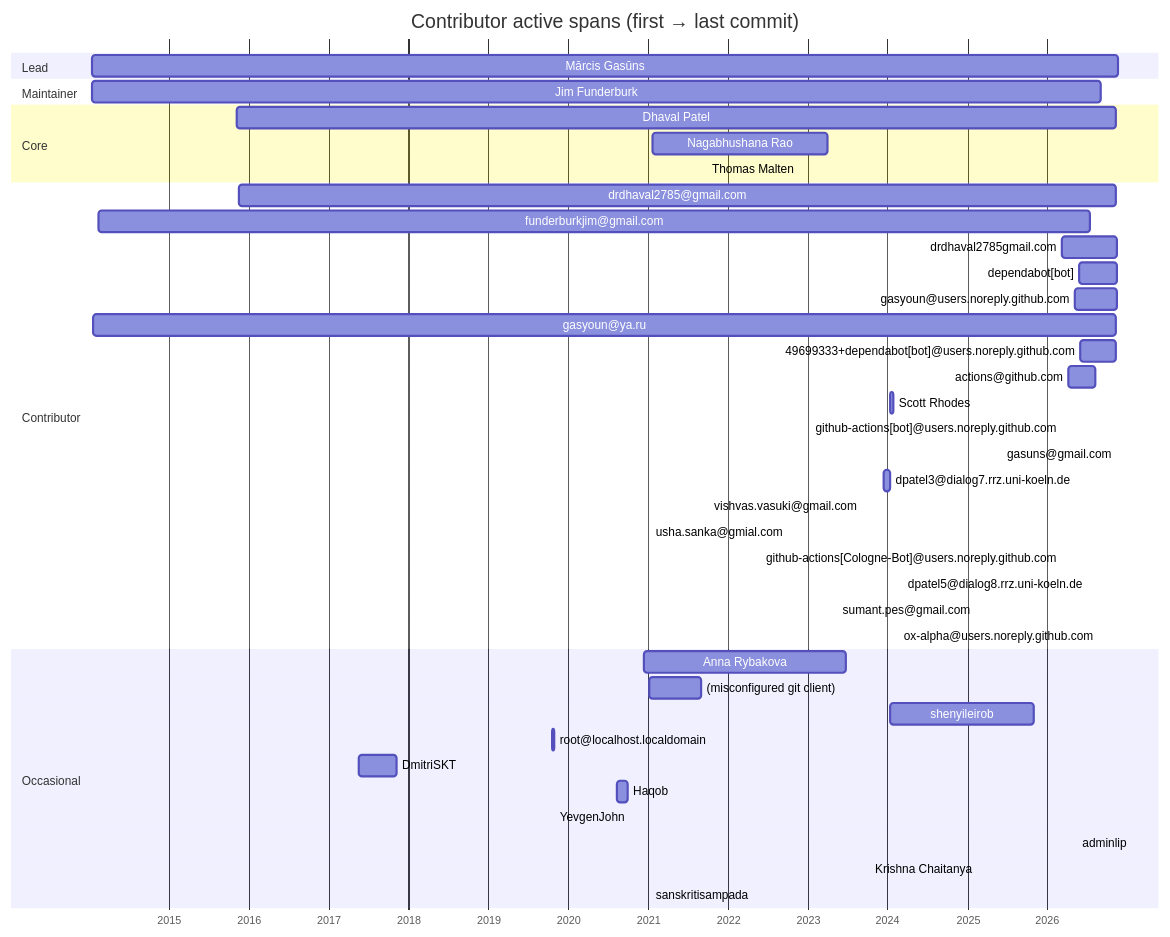
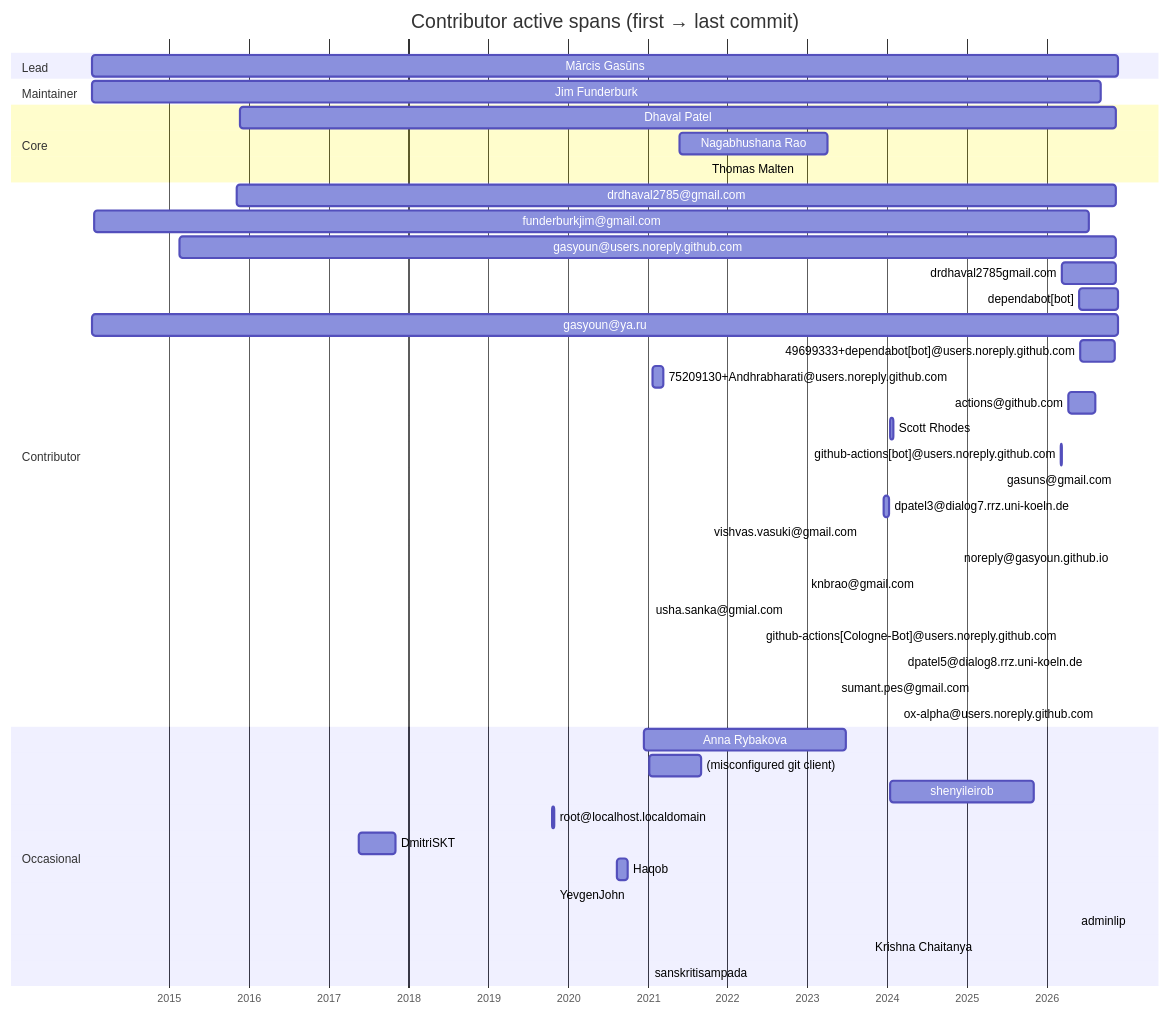
Before and after one commit to sanskrit-lexicon/csl-observatory: the diagram in reports/timeline.md, drawn with Mermaid. The commit also changed other lines of this file and 17 other files, not shown here.

````diff
--- a/reports/timeline.md
+++ b/reports/timeline.md
@@ -7,44 +7,47 @@
 ```mermaid
 gantt
     title Contributor active spans (first → last commit)
     dateFormat YYYY-MM-DD
     axisFormat %Y
     section Lead
-    Mārcis Gasūns :2014-01-14, 2026-11-21
+    Mārcis Gasūns :2014-01-14, 2026-11-22
     section Maintainer
     Jim Funderburk :2014-01-15, 2026-09-05
     section Core
-    Dhaval Patel :2015-11-08, 2026-11-12
-    Nagabhushana Rao :2021-01-23, 2023-04-03
+    Dhaval Patel :2015-11-24, 2026-11-12
+    Nagabhushana Rao :2021-05-28, 2023-04-03
     Thomas Malten :2021-09-26, 2021-09-26
     section Contributor
-    drdhaval2785@gmail.com :2015-11-19, 2026-11-12
-    funderburkjim@gmail.com :2014-02-12, 2026-07-14
+    drdhaval2785@gmail.com :2015-11-08, 2026-11-12
+    funderburkjim@gmail.com :2014-01-22, 2026-07-14
+    gasyoun@users.noreply.github.com :2015-02-19, 2026-11-15
     drdhaval2785gmail.com :2026-03-09, 2026-11-15
-    dependabot[bot] :2026-05-29, 2026-11-18
-    gasyoun@users.noreply.github.com :2026-05-06, 2026-11-15
-    gasyoun@ya.ru :2014-01-21, 2026-11-12
+    dependabot[bot] :2026-05-29, 2026-11-23
+    gasyoun@ya.ru :2014-01-16, 2026-11-23
     49699333+dependabot[bot]@users.noreply.github.com :2026-06-02, 2026-11-09
+    75209130+Andhrabharati@users.noreply.github.com :2021-01-23, 2021-03-11
     actions@github.com :2026-04-08, 2026-08-09
     Scott Rhodes :2024-01-14, 2024-01-28
     github-actions[bot]@users.noreply.github.com :2026-03-07, 2026-03-09
     gasuns@gmail.com :2026-11-18, 2026-11-18
     dpatel3@dialog7.rrz.uni-koeln.de :2023-12-15, 2024-01-12
     vishvas.vasuki@gmail.com :2021-10-05, 2021-10-07
+    noreply@gasyoun.github.io :2026-11-01, 2026-11-01
+    knbrao@gmail.com :2022-12-27, 2022-12-27
     usha.sanka@gmial.com :2021-01-13, 2021-01-13
     github-actions[Cologne-Bot]@users.noreply.github.com :2026-03-09, 2026-03-09
     dpatel5@dialog8.rrz.uni-koeln.de :2026-07-07, 2026-07-07
     sumant.pes@gmail.com :2023-05-14, 2023-05-14
     ox-alpha@users.noreply.github.com :2026-08-24, 2026-08-24
     section Occasional
     Anna Rybakova :2020-12-15, 2023-06-25
     (misconfigured git client) :2021-01-09, 2021-09-03
     shenyileirob :2024-01-13, 2025-11-01
     root@localhost.localdomain :2019-10-21, 2019-10-31
     DmitriSKT :2017-05-18, 2017-11-05
     Haqob :2020-08-11, 2020-09-30
     YevgenJohn :2019-10-31, 2019-10-31
     adminlip :2026-05-15, 2026-05-15
     Krishna Chaitanya :2023-10-12, 2023-10-12
     sanskritisampada :2021-01-10, 2021-01-10
 ```
````
